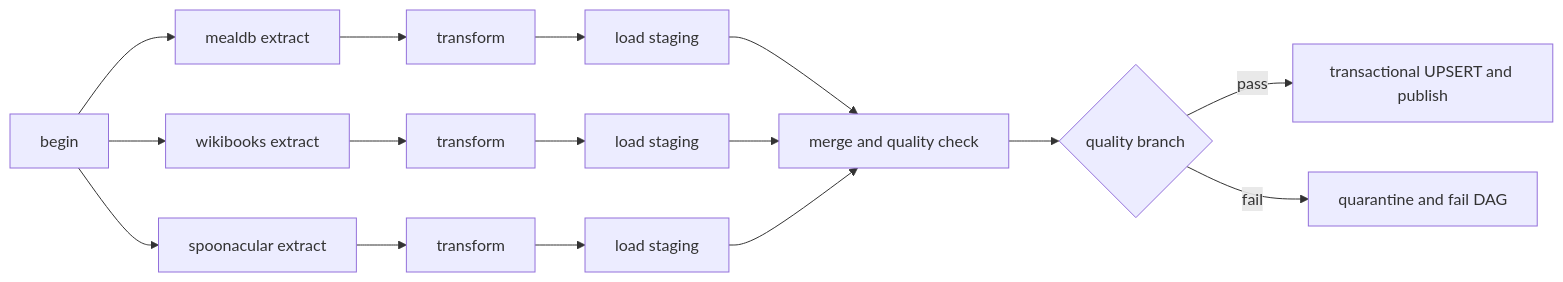
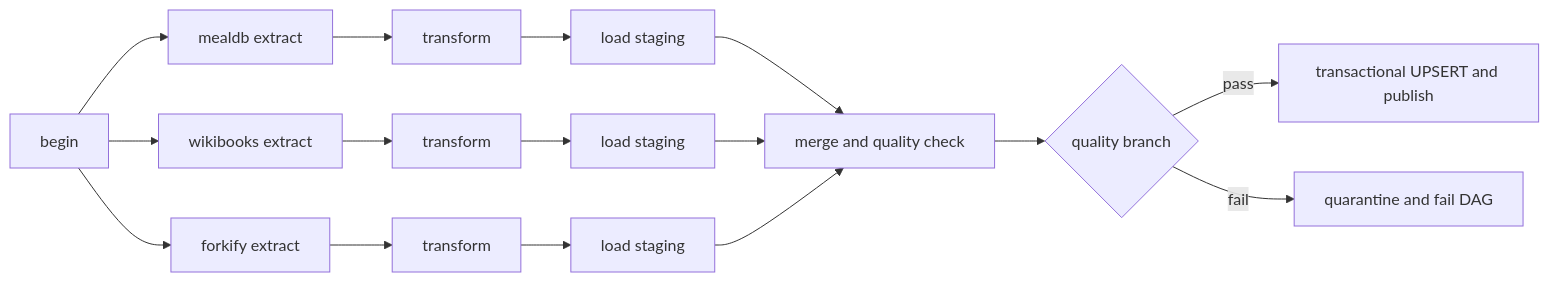
Before and after one commit to Chotinat01/02739452-5-6621600828: the diagram in README.md, drawn with Mermaid. The commit also changed other lines of this file and 21 other files, not shown here.

````diff
--- a/README.md
+++ b/README.md
@@ -64,15 +66,15 @@
 ```mermaid
 flowchart LR
   B[begin] --> ME[mealdb extract]
   B --> WE[wikibooks extract]
-  B --> SE[spoonacular extract]
+  B --> SE[forkify extract]
   ME --> MT[transform] --> ML[load staging]
   WE --> WT[transform] --> WL[load staging]
   SE --> ST[transform] --> SL[load staging]
   ML --> M[merge and quality check]
   WL --> M
   SL --> M
   M --> Q{quality branch}
   Q -->|pass| P[transactional UPSERT and publish]
   Q -->|fail| F[quarantine and fail DAG]
 ```
````
